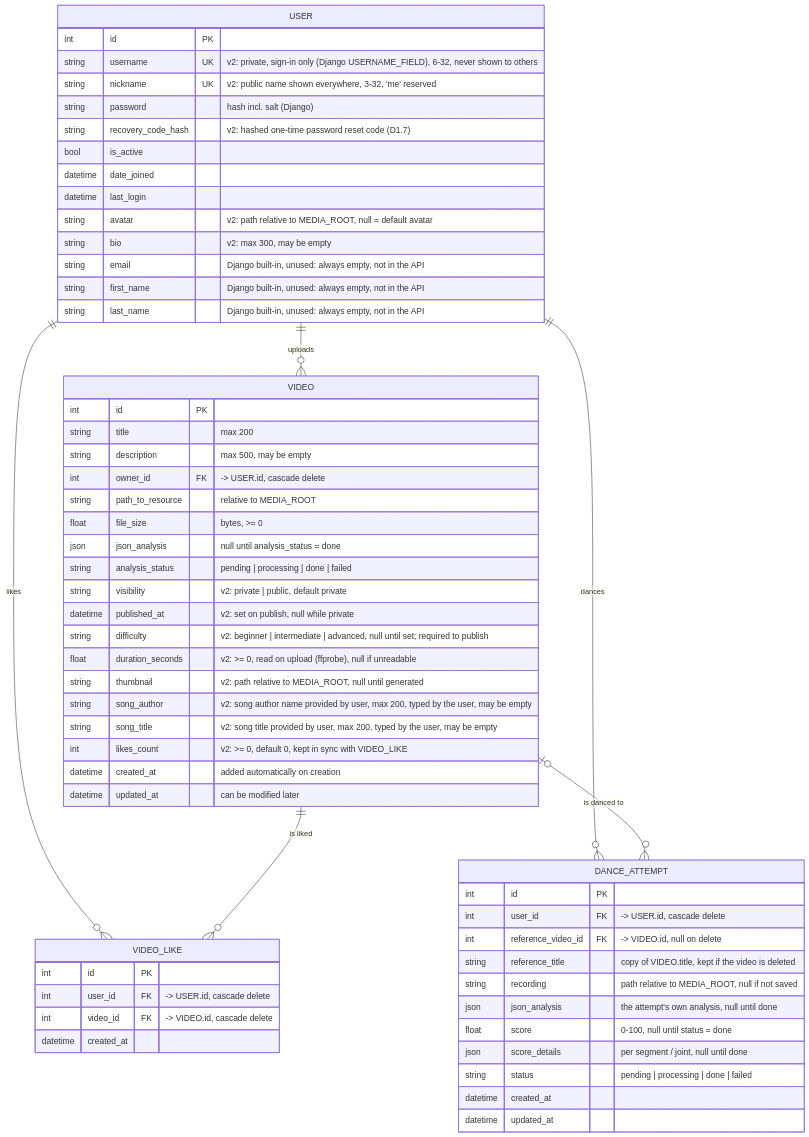
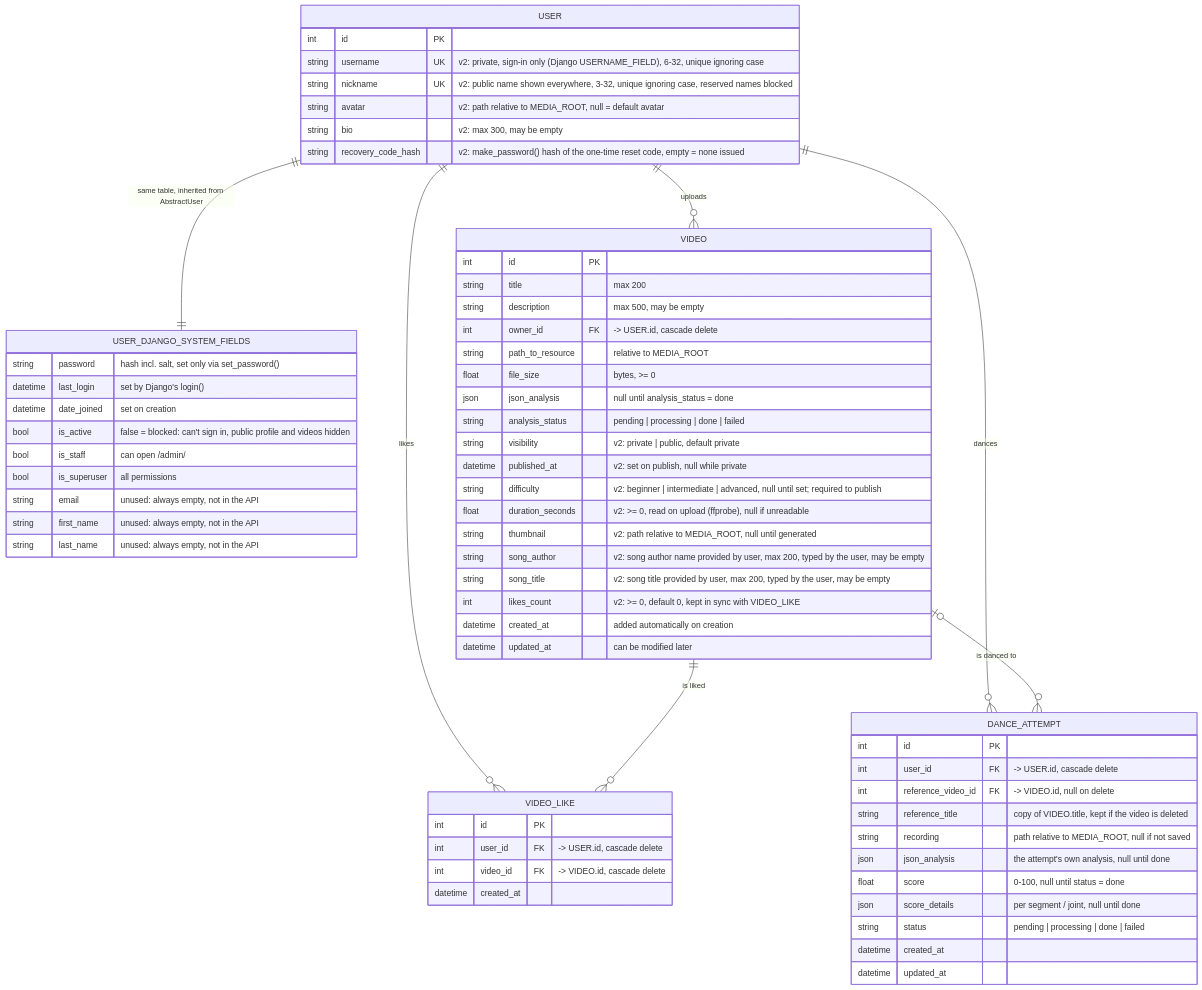
Before and after one commit to p0mpon/zpi-dancingbuddy: the diagram in backend/db/diagram/v2.md, drawn with Mermaid. The commit also changed other lines of this file and 29 other files, not shown here.

Commit message:
[DAN-92] User model, /auth and /me API

````diff
--- a/backend/db/diagram/v2.md
+++ b/backend/db/diagram/v2.md
@@ -6,63 +6,68 @@
 ```mermaid
 erDiagram
+    USER ||--|| USER_DJANGO_SYSTEM_FIELDS : "same table, inherited from AbstractUser"
     USER ||--o{ VIDEO : uploads
     USER ||--o{ VIDEO_LIKE : likes
     VIDEO ||--o{ VIDEO_LIKE : "is liked"
     USER ||--o{ DANCE_ATTEMPT : dances
     VIDEO |o--o{ DANCE_ATTEMPT : "is danced to"
 
     USER {
         int id PK
-        string username UK "v2: private, sign-in only (Django USERNAME_FIELD), 6-32, never shown to others"
-        string nickname UK "v2: public name shown everywhere, 3-32, 'me' reserved"
-        string password "hash incl. salt (Django)"
-        string recovery_code_hash "v2: hashed one-time password reset code (D1.7)"
-        bool is_active
-        datetime date_joined
-        datetime last_login
+        string username UK "v2: private, sign-in only (Django USERNAME_FIELD), 6-32, unique ignoring case"
+        string nickname UK "v2: public name shown everywhere, 3-32, unique ignoring case, reserved names blocked"
         string avatar "v2: path relative to MEDIA_ROOT, null = default avatar"
         string bio "v2: max 300, may be empty"
-        string email "Django built-in, unused: always empty, not in the API"
-        string first_name "Django built-in, unused: always empty, not in the API"
-        string last_name "Django built-in, unused: always empty, not in the API"
+        string recovery_code_hash "v2: make_password() hash of the one-time reset code, empty = none issued"
+    }
+    USER_DJANGO_SYSTEM_FIELDS {
+        string password "hash incl. salt, set only via set_password()"
+        datetime last_login "set by Django's login()"
+        datetime date_joined "set on creation"
+        bool is_active "false = blocked: can't sign in, public profile and videos hidden"
+        bool is_staff "can open /admin/"
+        bool is_superuser "all permissions"
+        string email "unused: always empty, not in the API"
+        string first_name "unused: always empty, not in the API"
+        string last_name "unused: always empty, not in the API"
     }
     VIDEO {
         int id PK
         string title "max 200"
         string description "max 500, may be empty"
         int owner_id FK "-> USER.id, cascade delete"
         string path_to_resource "relative to MEDIA_ROOT"
         float file_size "bytes, >= 0"
         json json_analysis "null until analysis_status = done"
         string analysis_status "pending | processing | done | failed"
         string visibility "v2: private | public, default private"
         datetime published_at "v2: set on publish, null while private"
         string difficulty "v2: beginner | intermediate | advanced, null until set; required to publish"
         float duration_seconds "v2: >= 0, read on upload (ffprobe), null if unreadable"
         string thumbnail "v2: path relative to MEDIA_ROOT, null until generated"
         string song_author "v2: song author name provided by user, max 200, typed by the user, may be empty"
         string song_title "v2: song title provided by user, max 200, typed by the user, may be empty"
         int likes_count "v2: >= 0, default 0, kept in sync with VIDEO_LIKE"
         datetime created_at "added automatically on creation"
         datetime updated_at "can be modified later"
     }
     VIDEO_LIKE {
         int id PK
         int user_id FK "-> USER.id, cascade delete"
         int video_id FK "-> VIDEO.id, cascade delete"
         datetime created_at
     }
     DANCE_ATTEMPT {
         int id PK
         int user_id FK "-> USER.id, cascade delete"
         int reference_video_id FK "-> VIDEO.id, null on delete"
         string reference_title "copy of VIDEO.title, kept if the video is deleted"
         string recording "path relative to MEDIA_ROOT, null if not saved"
         json json_analysis "the attempt's own analysis, null until done"
         float score "0-100, null until status = done"
         json score_details "per segment / joint, null until done"
         string status "pending | processing | done | failed"
         datetime created_at
         datetime updated_at
     }
 ```
````
